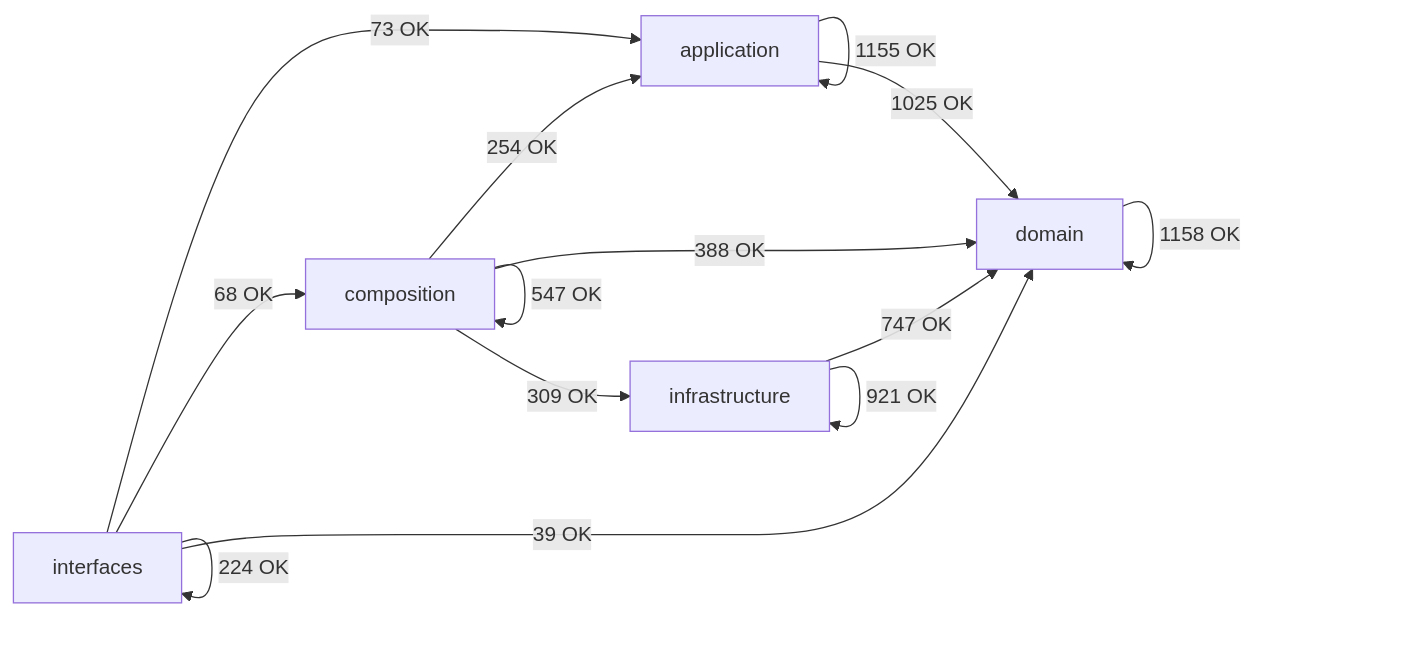
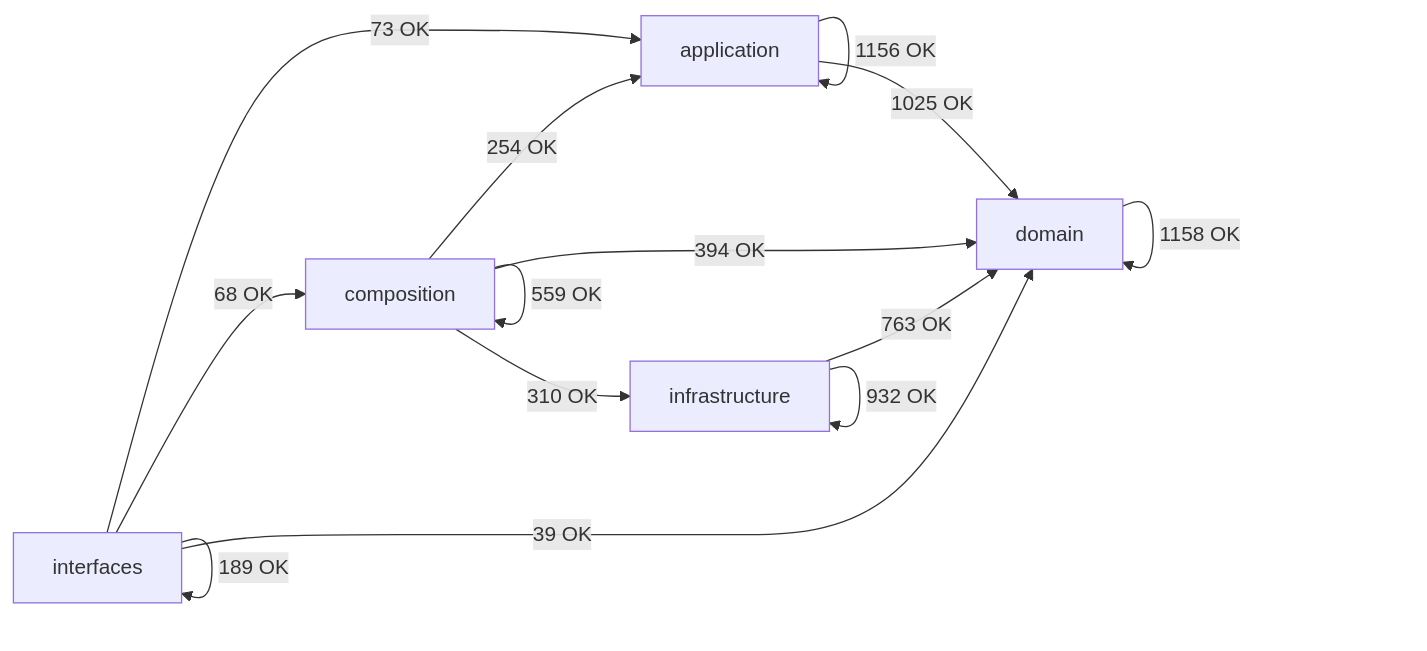
One commit to SatoryKono/BioactivityDataAcquisition changed the diagram in docs/02-architecture/generated/module-dependency-map.md. Above: the diagram before and after it, drawn with Mermaid. The commit also changed other lines of this file and 43 other files, not shown here.

````diff
--- a/docs/02-architecture/generated/module-dependency-map.md
+++ b/docs/02-architecture/generated/module-dependency-map.md
@@ -17,21 +17,21 @@
 ```mermaid
 flowchart LR
     domain[domain]
     application[application]
     infrastructure[infrastructure]
     composition[composition]
     interfaces[interfaces]
-    application -->|1155 OK| application
+    application -->|1156 OK| application
     application -->|1025 OK| domain
     composition -->|254 OK| application
-    composition -->|547 OK| composition
-    composition -->|388 OK| domain
-    composition -->|309 OK| infrastructure
+    composition -->|559 OK| composition
+    composition -->|394 OK| domain
+    composition -->|310 OK| infrastructure
     domain -->|1158 OK| domain
-    infrastructure -->|747 OK| domain
-    infrastructure -->|921 OK| infrastructure
+    infrastructure -->|763 OK| domain
+    infrastructure -->|932 OK| infrastructure
     interfaces -->|73 OK| application
     interfaces -->|68 OK| composition
     interfaces -->|39 OK| domain
-    interfaces -->|224 OK| interfaces
+    interfaces -->|189 OK| interfaces
 ```
````
